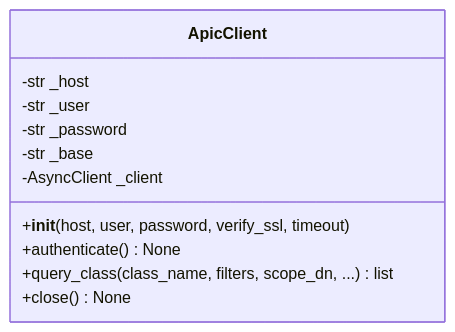
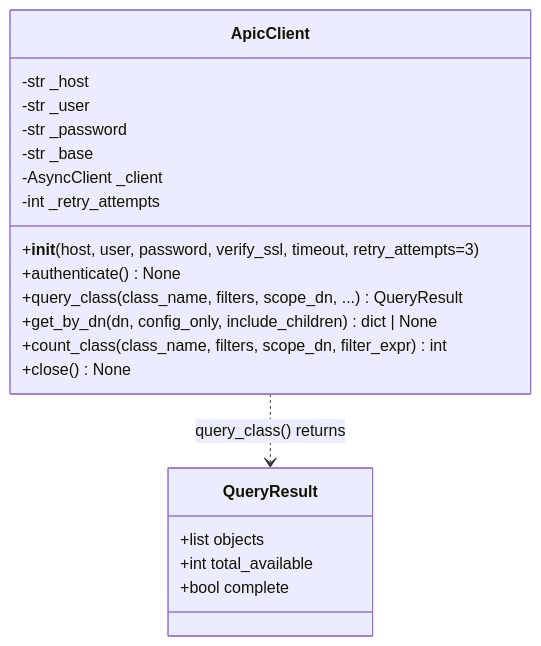
The first of 3 diagrams in docs/internals/apic-client.md (k3l0-dev/aci-mcp), drawn with Mermaid before and after one commit. The commit also changed other lines of this file and 19 other files, not shown here.

````diff
--- a/docs/internals/apic-client.md
+++ b/docs/internals/apic-client.md
@@ -9,15 +9,26 @@
 ```mermaid
 classDiagram
+    class QueryResult {
+        +list objects
+        +int total_available
+        +bool complete
+    }
+
     class ApicClient {
         -str _host
         -str _user
         -str _password
         -str _base
         -AsyncClient _client
+        -int _retry_attempts
 
-        +__init__(host, user, password, verify_ssl, timeout)
+        +__init__(host, user, password, verify_ssl, timeout, retry_attempts=3)
         +authenticate() None
-        +query_class(class_name, filters, scope_dn, ...) list
+        +query_class(class_name, filters, scope_dn, ...) QueryResult
+        +get_by_dn(dn, config_only, include_children) dict | None
+        +count_class(class_name, filters, scope_dn, filter_expr) int
         +close() None
     }
+
+    ApicClient ..> QueryResult : query_class() returns
 ```
````
